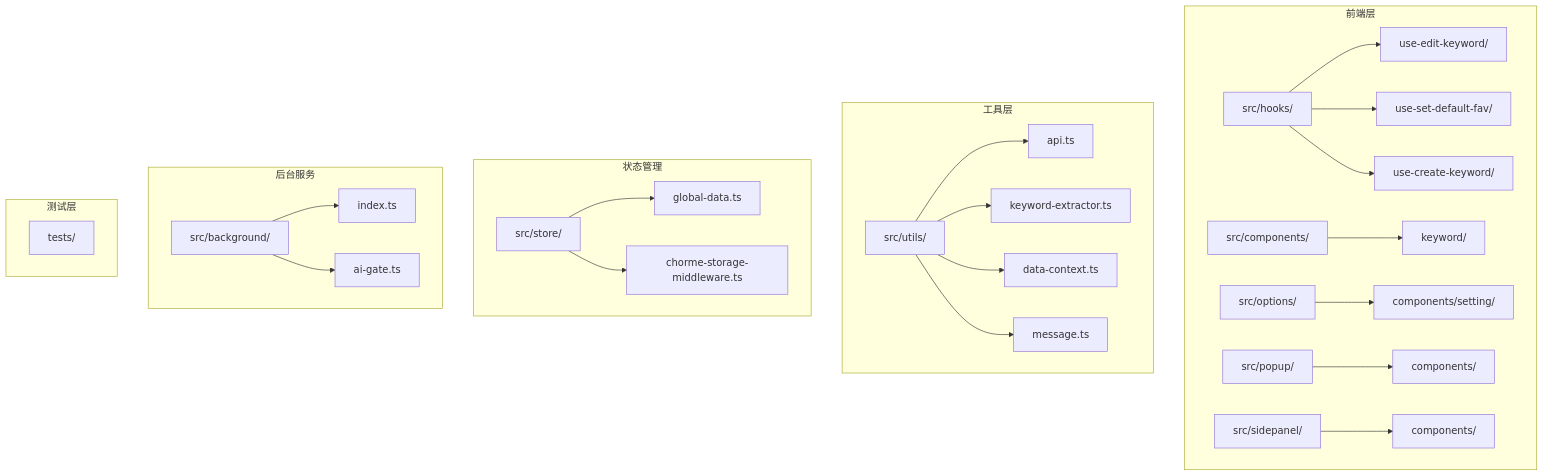
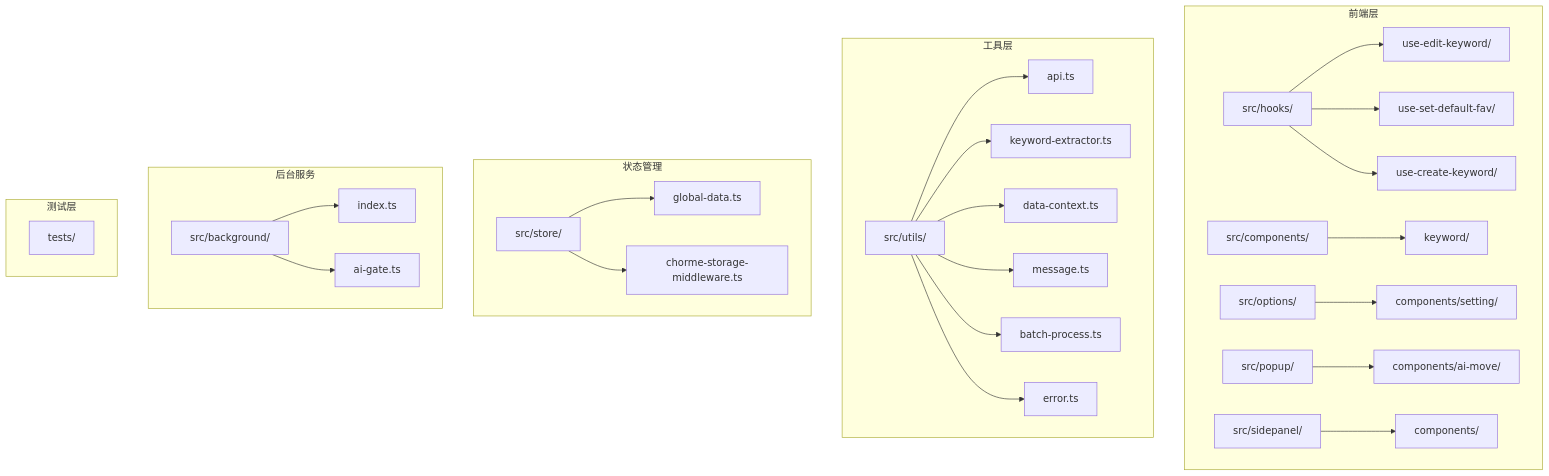
Before and after one commit to RadiumAg/bilibili-favorites: the first of 12 diagrams in .qoder/repowiki/zh/content/核心功能模块/AI关键词提取系统.md, drawn with Mermaid. The commit also changed other lines of this file and 47 other files, not shown here.

````diff
--- a/.qoder/repowiki/zh/content/核心功能模块/AI关键词提取系统.md
+++ b/.qoder/repowiki/zh/content/核心功能模块/AI关键词提取系统.md
@@ -68,29 +74,31 @@
 ```mermaid
 graph TB
 subgraph "前端层"
 A[src/hooks/] --> A2[use-edit-keyword/]
 A --> A3[use-set-default-fav/]
 A --> A4[use-create-keyword/]
 B[src/components/] --> B1[keyword/]
 C[src/options/] --> C1[components/setting/]
-D[src/popup/] --> D1[components/]
+D[src/popup/] --> D1[components/ai-move/]
 E[src/sidepanel/] --> E1[components/]
 end
 subgraph "工具层"
 F[src/utils/] --> F1[api.ts]
 F --> F2[keyword-extractor.ts]
 F --> F3[data-context.ts]
 F --> F4[message.ts]
+F --> F5[batch-process.ts]
+F --> F6[error.ts]
 end
 subgraph "状态管理"
 G[src/store/] --> G1[global-data.ts]
 G --> G2[chorme-storage-middleware.ts]
 end
 subgraph "后台服务"
 H[src/background/] --> H1[index.ts]
 H --> H2[ai-gate.ts]
 end
 subgraph "测试层"
 I[tests/]
 end
 ```
````
